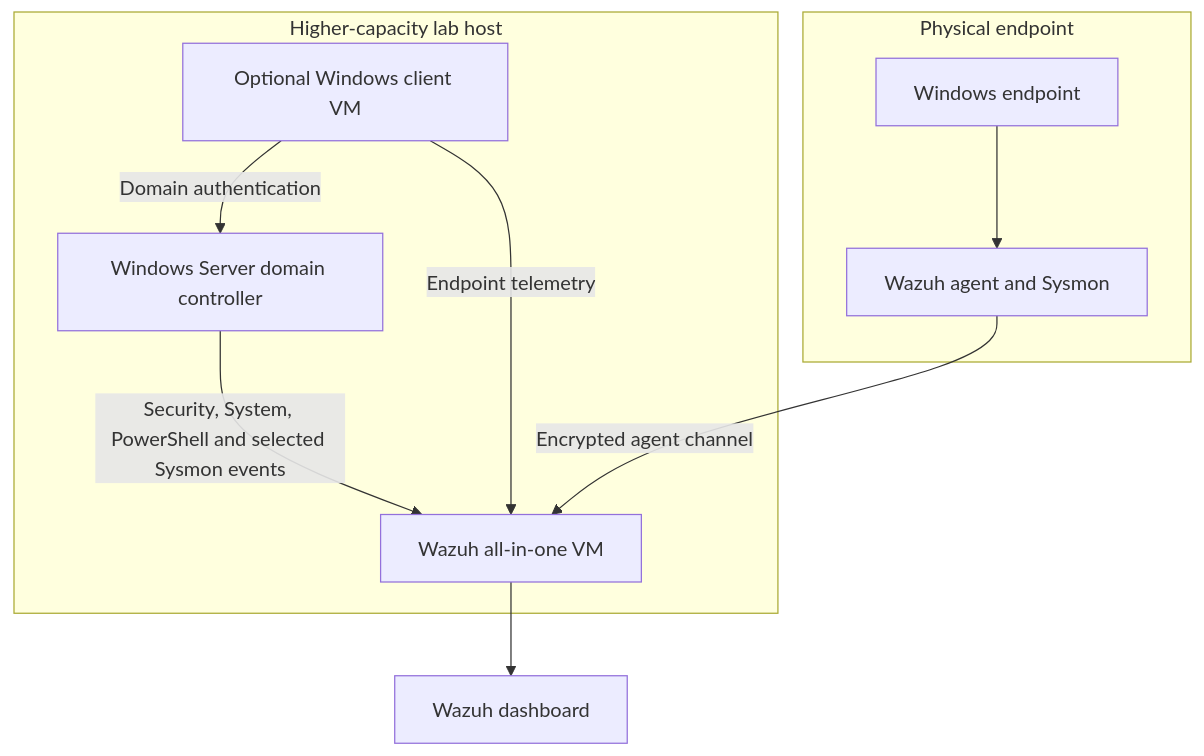
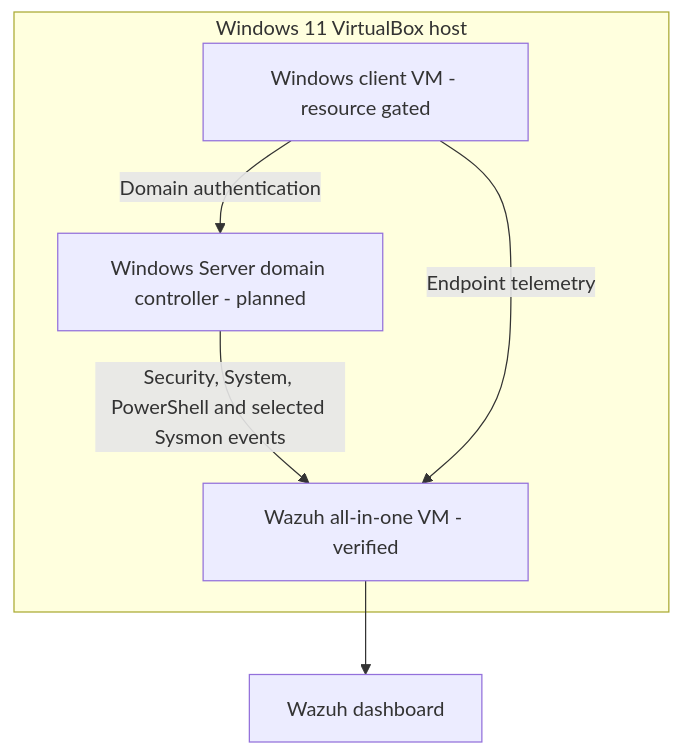
One commit to Abdullahchoglay/active-directory-detection-lab changed the diagram in docs/architecture.md. Above: the diagram before and after it, drawn with Mermaid. The commit also changed other lines of this file and 6 other files, not shown here.

Commit message:
Document verified Wazuh migration and lab baseline

````diff
--- a/docs/architecture.md
+++ b/docs/architecture.md
@@ -5,20 +5,12 @@
 ```mermaid
 flowchart TB
-    subgraph Endpoint["Physical endpoint"]
-        E[Windows endpoint]
-        EA[Wazuh agent and Sysmon]
-        E --> EA
-    end
-
-    subgraph LabHost["Higher-capacity lab host"]
-        W[Wazuh all-in-one VM]
-        DC[Windows Server domain controller]
-        C[Optional Windows client VM]
+    subgraph LabHost["Windows 11 VirtualBox host"]
+        W[Wazuh all-in-one VM - verified]
+        DC[Windows Server domain controller - planned]
+        C[Windows client VM - resource gated]
         C -->|Domain authentication| DC
         DC -->|Security, System, PowerShell and selected Sysmon events| W
         C -->|Endpoint telemetry| W
     end
-
-    EA -->|Encrypted agent channel| W
     W --> WD[Wazuh dashboard]
 ```
````
